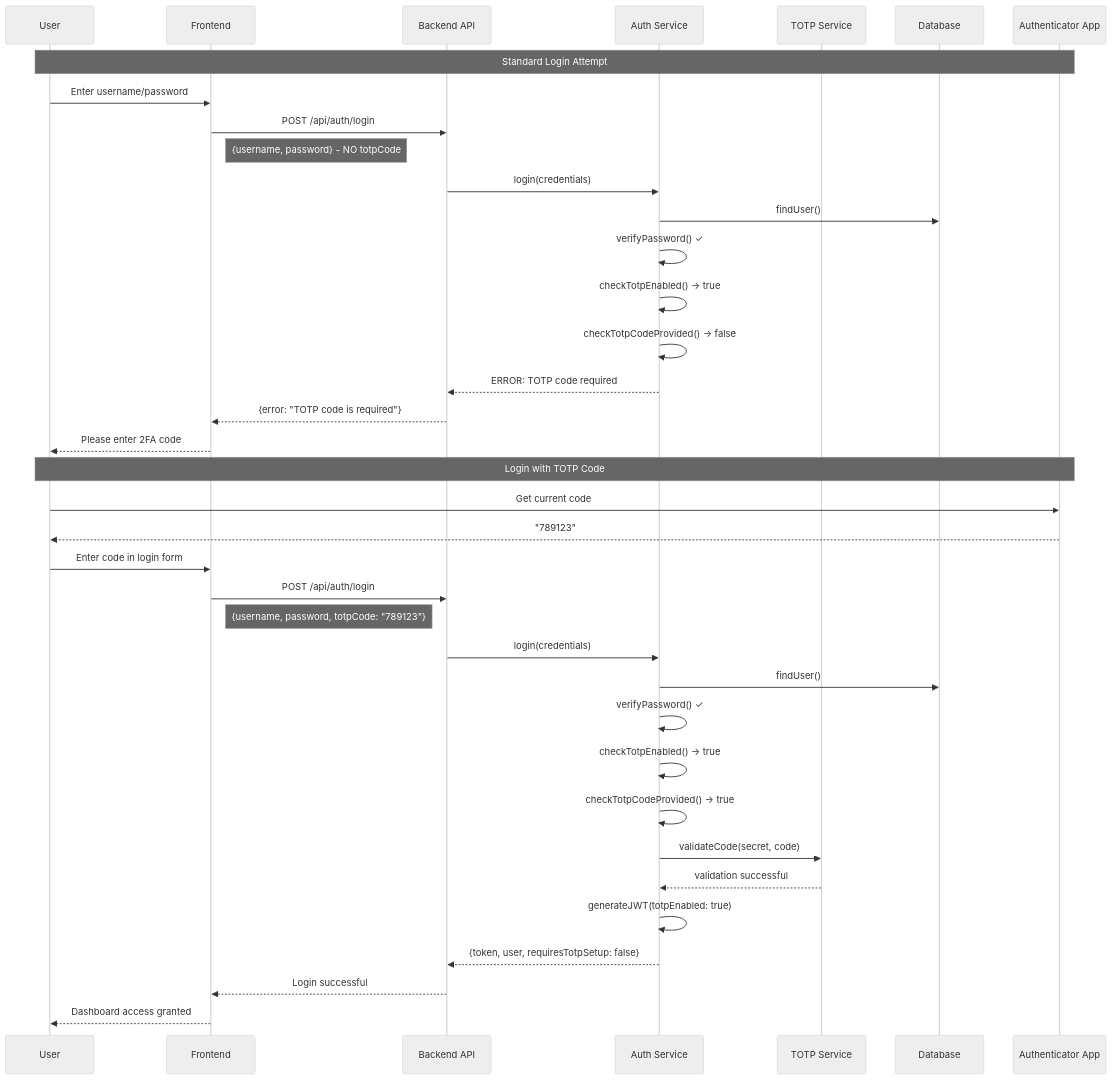
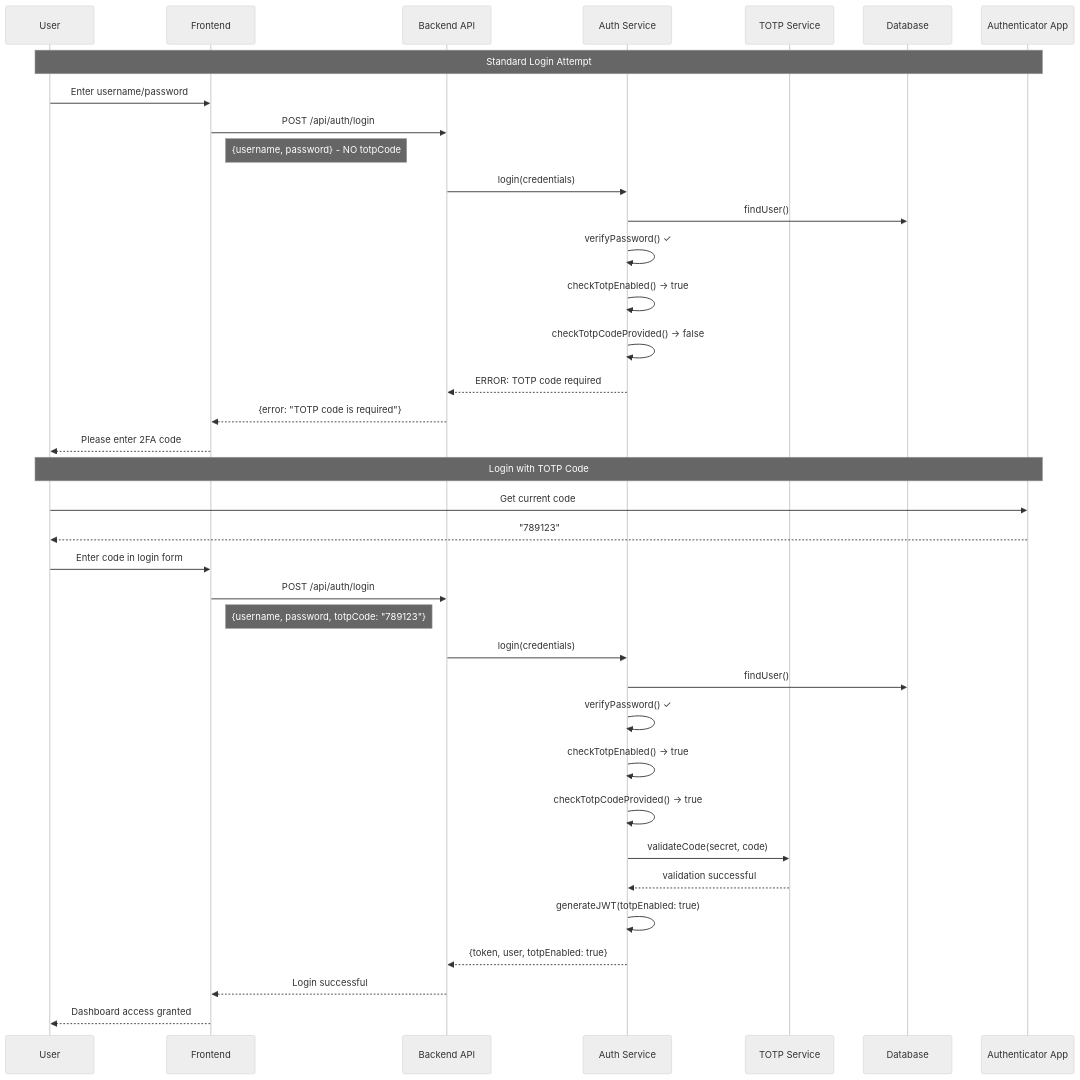
Before and after one commit to caseythecoder90/backend-study-app: the third of 5 diagrams in docs/TOTP-Enterprise-Flow.md, drawn with Mermaid (neutral theme). The commit also changed other lines of this file and 6 other files, not shown here.

````diff
--- a/docs/TOTP-Enterprise-Flow.md
+++ b/docs/TOTP-Enterprise-Flow.md
@@ -91,43 +91,43 @@
 ```mermaid
 sequenceDiagram
     participant U as User
     participant UI as Frontend
     participant API as Backend API
     participant Auth as Auth Service
     participant TOTP as TOTP Service
     participant DB as Database
     participant App as Authenticator App
 
     Note over U,App: Standard Login Attempt
     U->>UI: Enter username/password
     UI->>API: POST /api/auth/login
     Note right of UI: {username, password} - NO totpCode
 
     API->>Auth: login(credentials)
     Auth->>DB: findUser()
     Auth->>Auth: verifyPassword() ✓
     Auth->>Auth: checkTotpEnabled() → true
     Auth->>Auth: checkTotpCodeProvided() → false
     Auth-->>API: ERROR: TOTP code required
     API-->>UI: {error: "TOTP code is required"}
     UI-->>U: Please enter 2FA code
 
     Note over U,App: Login with TOTP Code
     U->>App: Get current code
     App-->>U: "789123"
     U->>UI: Enter code in login form
     UI->>API: POST /api/auth/login
     Note right of UI: {username, password, totpCode: "789123"}
 
     API->>Auth: login(credentials)
     Auth->>DB: findUser()
     Auth->>Auth: verifyPassword() ✓
     Auth->>Auth: checkTotpEnabled() → true
     Auth->>Auth: checkTotpCodeProvided() → true
     Auth->>TOTP: validateCode(secret, code)
     TOTP-->>Auth: validation successful
     Auth->>Auth: generateJWT(totpEnabled: true)
-    Auth-->>API: {token, user, requiresTotpSetup: false}
+    Auth-->>API: {token, user, totpEnabled: true}
     API-->>UI: Login successful
     UI-->>U: Dashboard access granted
 ```
````
